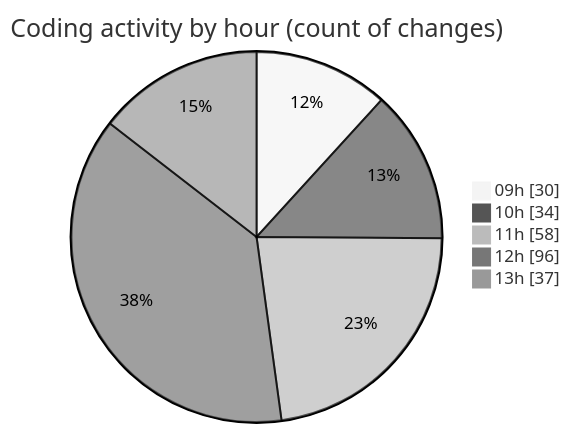
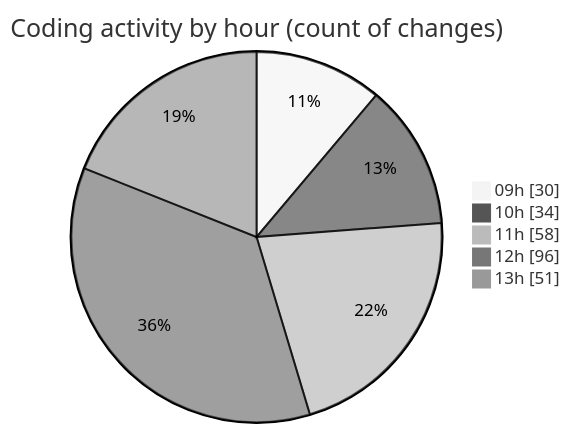
The second of 2 diagrams in 2025-04-02/cda/README.md (momahboobian/code-tracking), drawn with Mermaid (neutral theme) before and after one commit. The commit also changed other lines of this file and 1 other file, not shown here.

````diff
--- a/2025-04-02/cda/README.md
+++ b/2025-04-02/cda/README.md
@@ -36,9 +36,9 @@
 ```mermaid
 pie showData
 title Coding activity by hour (count of changes)
 "09h" : 30
 "10h" : 34
 "11h" : 58
 "12h" : 96
-"13h" : 37
+"13h" : 51
 ```
````
